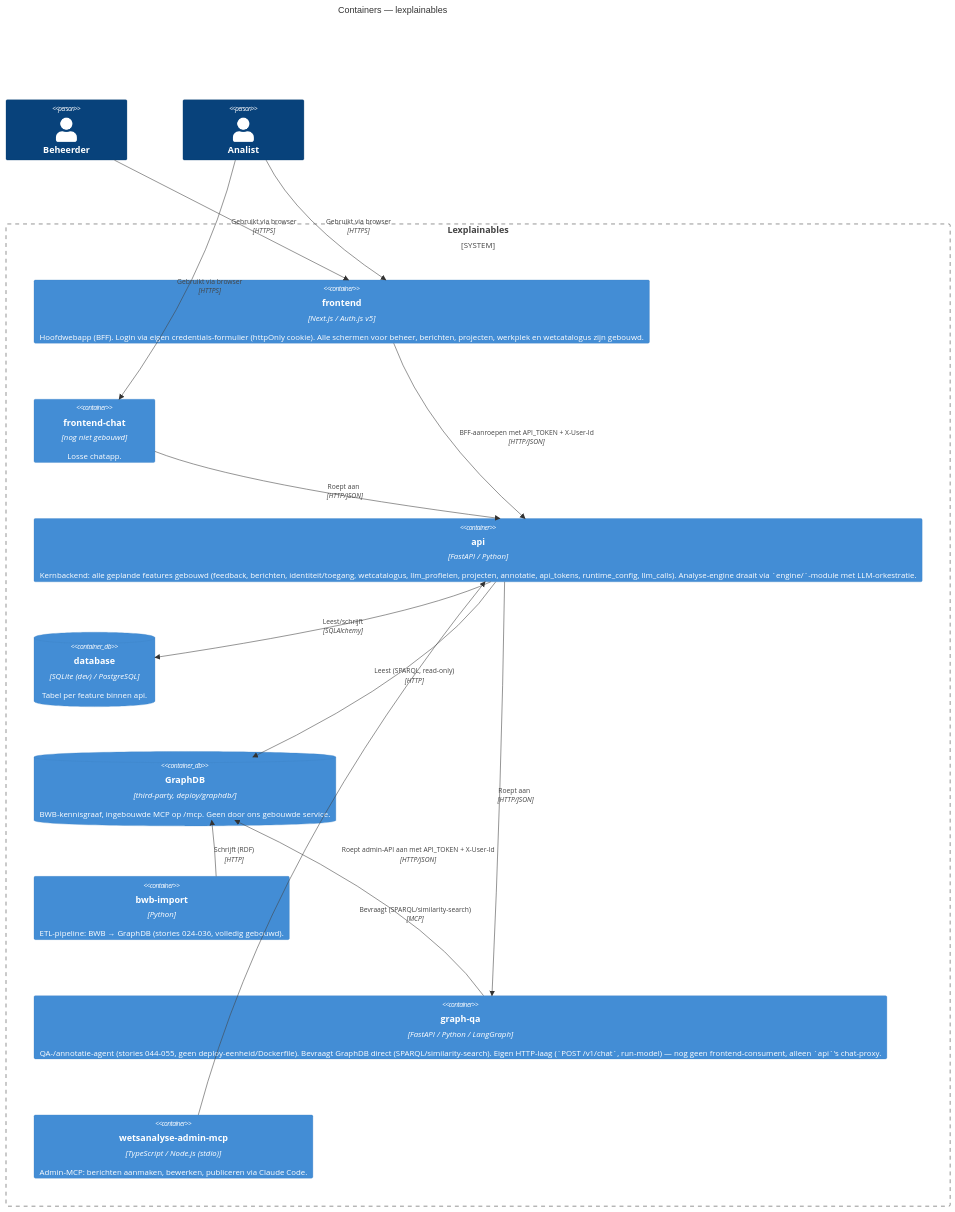
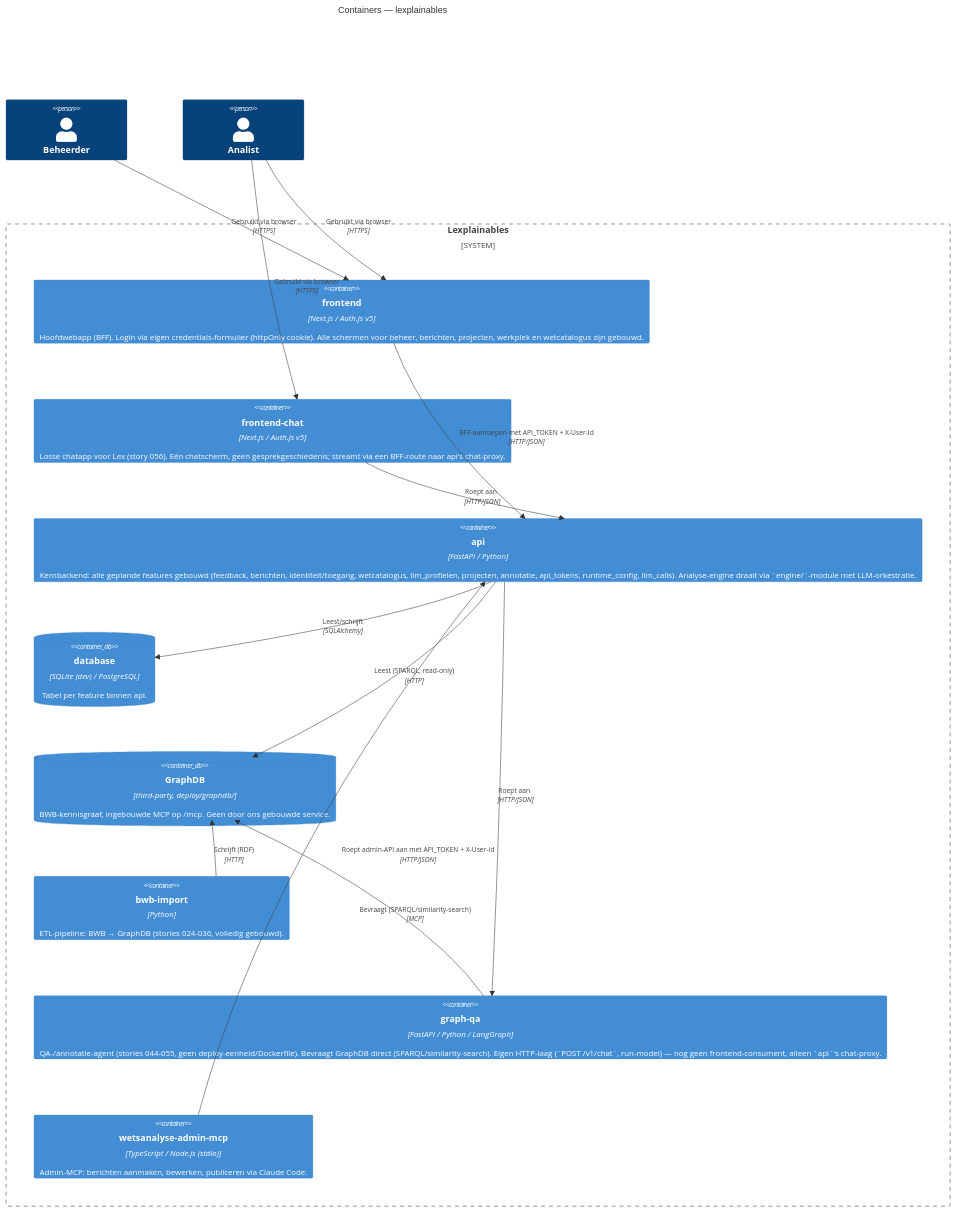
One commit to jaas0000/lexplainables changed the second of 5 diagrams in docs/project/architectuur/c4-model.md. Above: the diagram before and after it, drawn with Mermaid. The commit also changed other lines of this file and 35 other files, not shown here.

First line of the commit message:
frontend-chat: eerste chat-UI voor Lex (story 056) (#94)

````diff
--- a/docs/project/architectuur/c4-model.md
+++ b/docs/project/architectuur/c4-model.md
@@ -40,30 +39,30 @@
 ```mermaid
 C4Container
   title Containers — lexplainables
 
   Person(beheerder, "Beheerder")
   Person(analist, "Analist")
 
   System_Boundary(wetsanalyse, "Lexplainables") {
     Container(frontend, "frontend", "Next.js / Auth.js v5", "Hoofdwebapp (BFF). Login via eigen credentials-formulier (httpOnly cookie). Alle schermen voor beheer, berichten, projecten, werkplek en wetcatalogus zijn gebouwd.")
-    Container(frontend_chat, "frontend-chat", "nog niet gebouwd", "Losse chatapp.")
+    Container(frontend_chat, "frontend-chat", "Next.js / Auth.js v5", "Losse chatapp voor Lex (story 056). Eén chatscherm, geen gesprekgeschiedenis; streamt via een BFF-route naar api's chat-proxy.")
     Container(api, "api", "FastAPI / Python", "Kernbackend: alle geplande features gebouwd (feedback, berichten, identiteit/toegang, wetcatalogus, llm_profielen, projecten, annotatie, api_tokens, runtime_config, llm_calls). Analyse-engine draait via `engine/`-module met LLM-orkestratie.")
     ContainerDb(db, "database", "SQLite (dev) / PostgreSQL", "Tabel per feature binnen api.")
     ContainerDb(graphdb, "GraphDB", "third-party, deploy/graphdb/", "BWB-kennisgraaf, ingebouwde MCP op /mcp. Geen door ons gebouwde service.")
     Container(bwb_import, "bwb-import", "Python", "ETL-pipeline: BWB → GraphDB (stories 024-036, volledig gebouwd).")
     Container(graph_qa, "graph-qa", "FastAPI / Python / LangGraph", "QA-/annotatie-agent (stories 044-055, geen deploy-eenheid/Dockerfile). Bevraagt GraphDB direct (SPARQL/similarity-search). Eigen HTTP-laag (`POST /v1/chat`, run-model) — nog geen frontend-consument, alleen `api`'s chat-proxy.")
     Container(admin_mcp, "wetsanalyse-admin-mcp", "TypeScript / Node.js (stdio)", "Admin-MCP: berichten aanmaken, bewerken, publiceren via Claude Code.")
   }
 
   Rel(beheerder, frontend, "Gebruikt via browser", "HTTPS")
   Rel(analist, frontend, "Gebruikt via browser", "HTTPS")
   Rel(analist, frontend_chat, "Gebruikt via browser", "HTTPS")
   Rel(frontend, api, "BFF-aanroepen met API_TOKEN + X-User-Id", "HTTP/JSON")
   Rel(frontend_chat, api, "Roept aan", "HTTP/JSON")
   Rel(api, db, "Leest/schrijft", "SQLAlchemy")
   Rel(api, graphdb, "Leest (SPARQL, read-only)", "HTTP")
   Rel(bwb_import, graphdb, "Schrijft (RDF)", "HTTP")
   Rel(graph_qa, graphdb, "Bevraagt (SPARQL/similarity-search)", "MCP")
   Rel(api, graph_qa, "Roept aan", "HTTP/JSON")
   Rel(admin_mcp, api, "Roept admin-API aan met API_TOKEN + X-User-Id", "HTTP/JSON")
 ```
````
